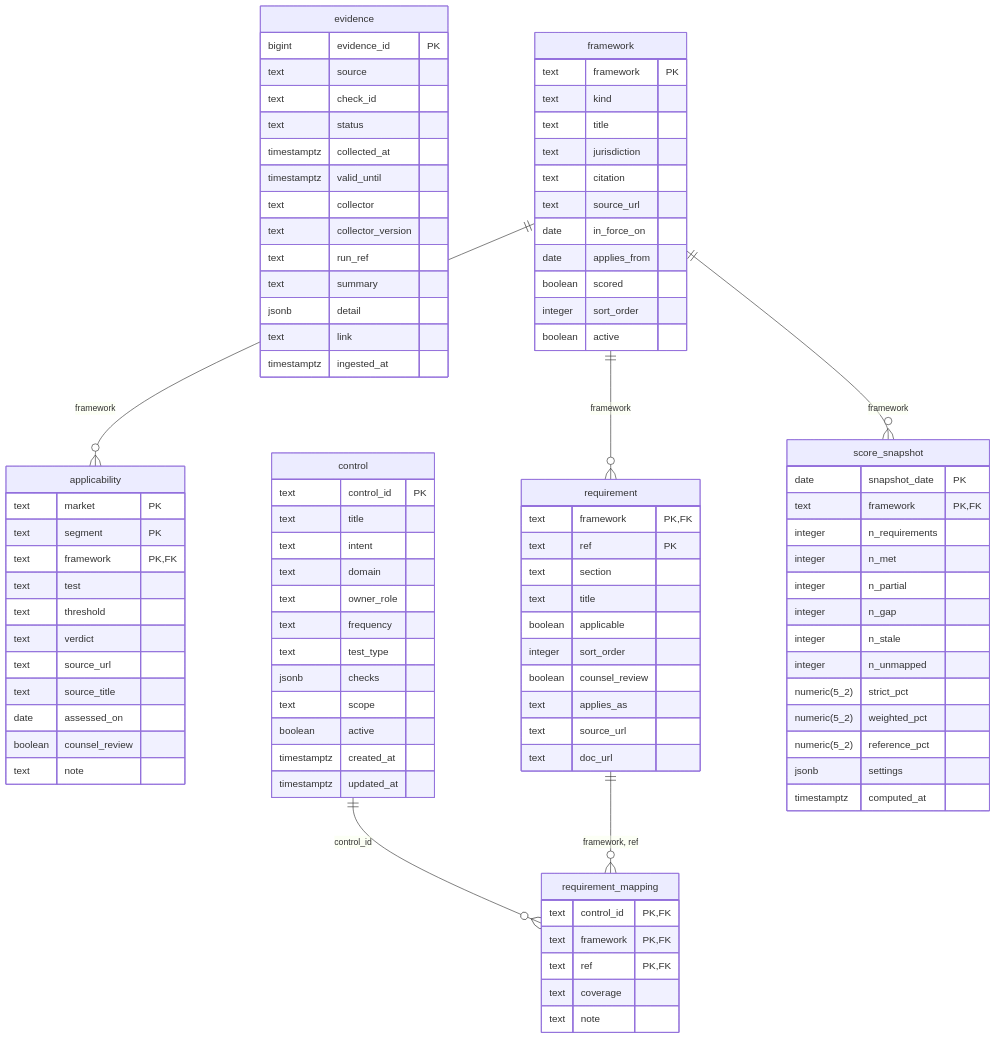
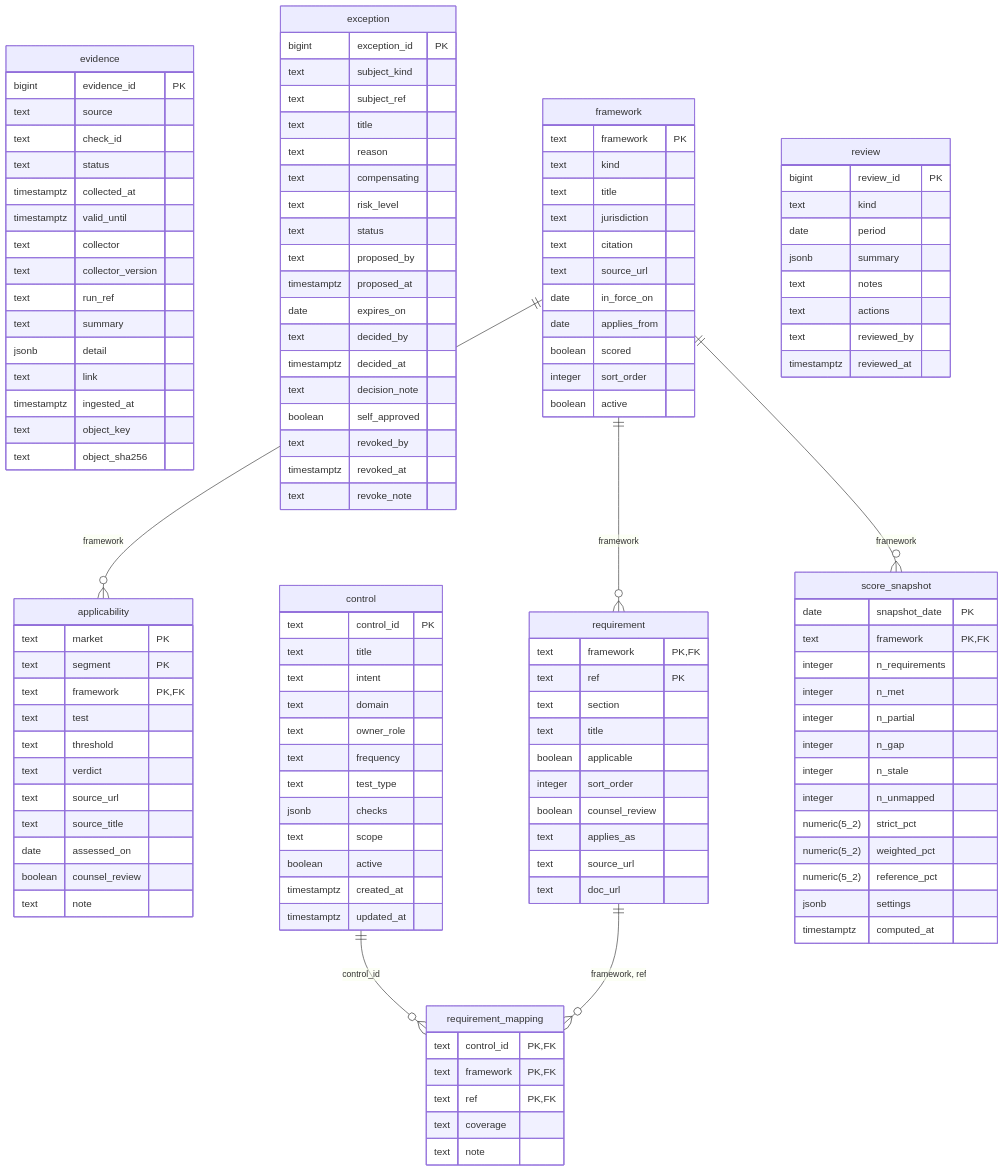
The diagram in docs/architecture/erd/compliance.md (AdventureAsia365-Ecosys/AA-Ecosys), drawn with Mermaid before and after one commit. The commit also changed other lines of this file and 13 other files, not shown here.

First line of the commit message:
docs: regenerate db-schema-reference.md and ERD (live dump) (#981)

```diff
--- a/docs/architecture/erd/compliance.md
+++ b/docs/architecture/erd/compliance.md
@@ -65,6 +65,28 @@
         jsonb detail
         text link
         timestamptz ingested_at
+        text object_key
+        text object_sha256
+    }
+    exception {
+        bigint exception_id PK
+        text subject_kind
+        text subject_ref
+        text title
+        text reason
+        text compensating
+        text risk_level
+        text status
+        text proposed_by
+        timestamptz proposed_at
+        date expires_on
+        text decided_by
+        timestamptz decided_at
+        text decision_note
+        boolean self_approved
+        text revoked_by
+        timestamptz revoked_at
+        text revoke_note
     }
     framework {
         text framework PK
@@ -98,6 +120,16 @@
         text coverage
         text note
     }
+    review {
+        bigint review_id PK
+        text kind
+        date period
+        jsonb summary
+        text notes
+        text actions
+        text reviewed_by
+        timestamptz reviewed_at
+    }
     score_snapshot {
         date snapshot_date PK
         text framework PK, FK
```
